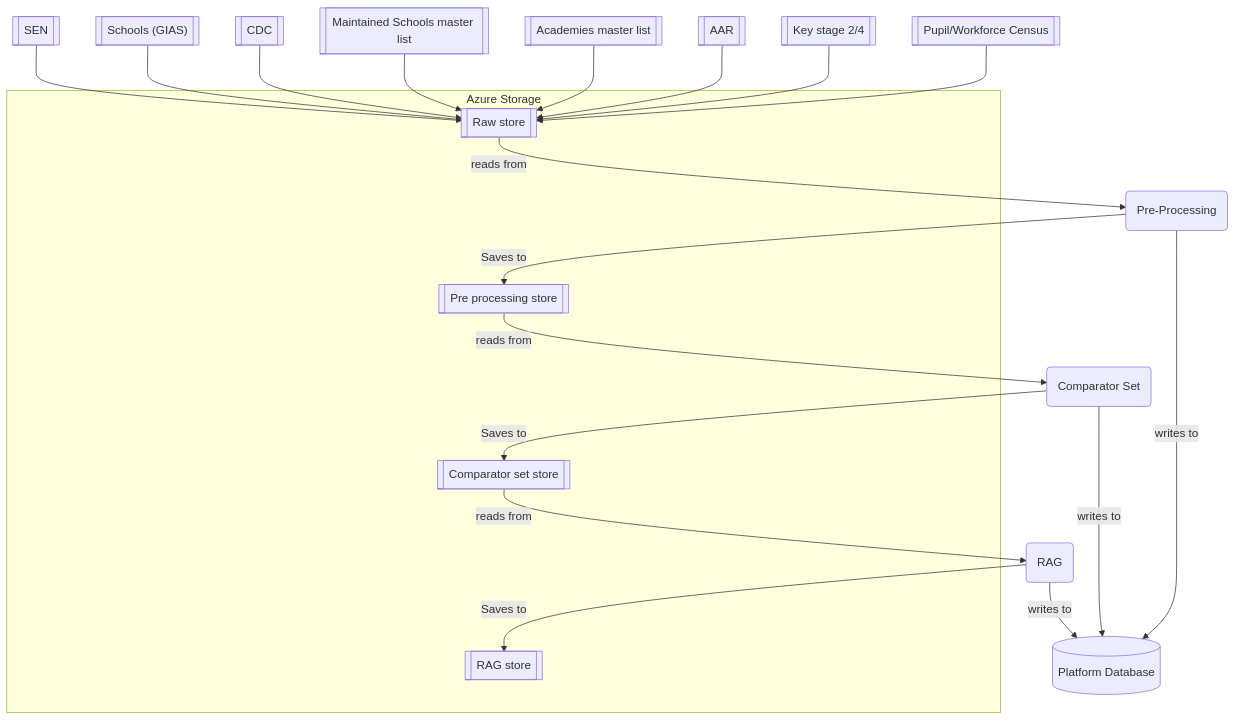
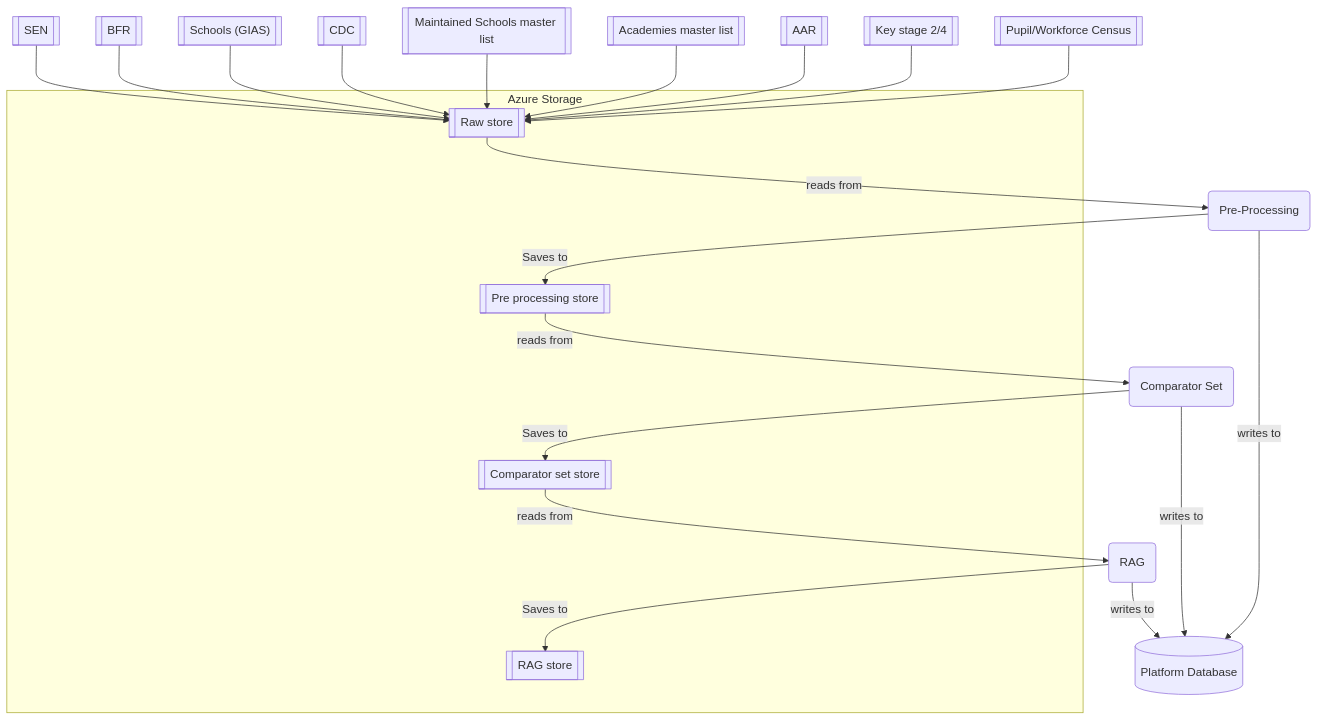
One commit to DFE-Digital/education-benchmarking-and-insights changed the first of 7 diagrams in documentation/architecture/10_Data-Processing.md. Above: the diagram before and after it, drawn with Mermaid. The commit also changed other lines of this file, not shown here.

Commit message:
chore: Updating docs to include BFR processing

````diff
--- a/documentation/architecture/10_Data-Processing.md
+++ b/documentation/architecture/10_Data-Processing.md
@@ -11,40 +11,42 @@
 ```mermaid
 flowchart TD
     subgraph AzureStorage [Azure Storage]
         raw[["Raw store"]]
         ppstore[["Pre processing store"]]
         ccstore[["Comparator set store"]]
         ragstore[["RAG store"]]
     end
 
     cdc[["CDC"]]
+    bfr[["BFR"]]
     gias[["Schools (GIAS)"]]
     sen[["SEN"]]
     ms[["Maintained Schools master list"]]
     acad[["Academies master list"]]
     aar[["AAR"]]
     ks[["Key stage 2/4"]]
     census[["Pupil/Workforce Census"]]
     pp("Pre-Processing")
     c("Comparator Set")
     r("RAG")
     db[(Platform Database)]
 
     sen --> raw
+    bfr --> raw
     gias --> raw
     cdc --> raw
     ms --> raw
     acad --> raw
     aar --> raw
     ks --> raw
     census --> raw
 
     raw -- reads from --> pp -- Saves to --> ppstore
     pp -- writes to --> db
     ppstore -- reads from --> c
     c -- Saves to --> ccstore
     c -- writes to --> db
     ccstore -- reads from --> r
     r -- Saves to --> ragstore
     r -- writes to --> db
 ```
````
